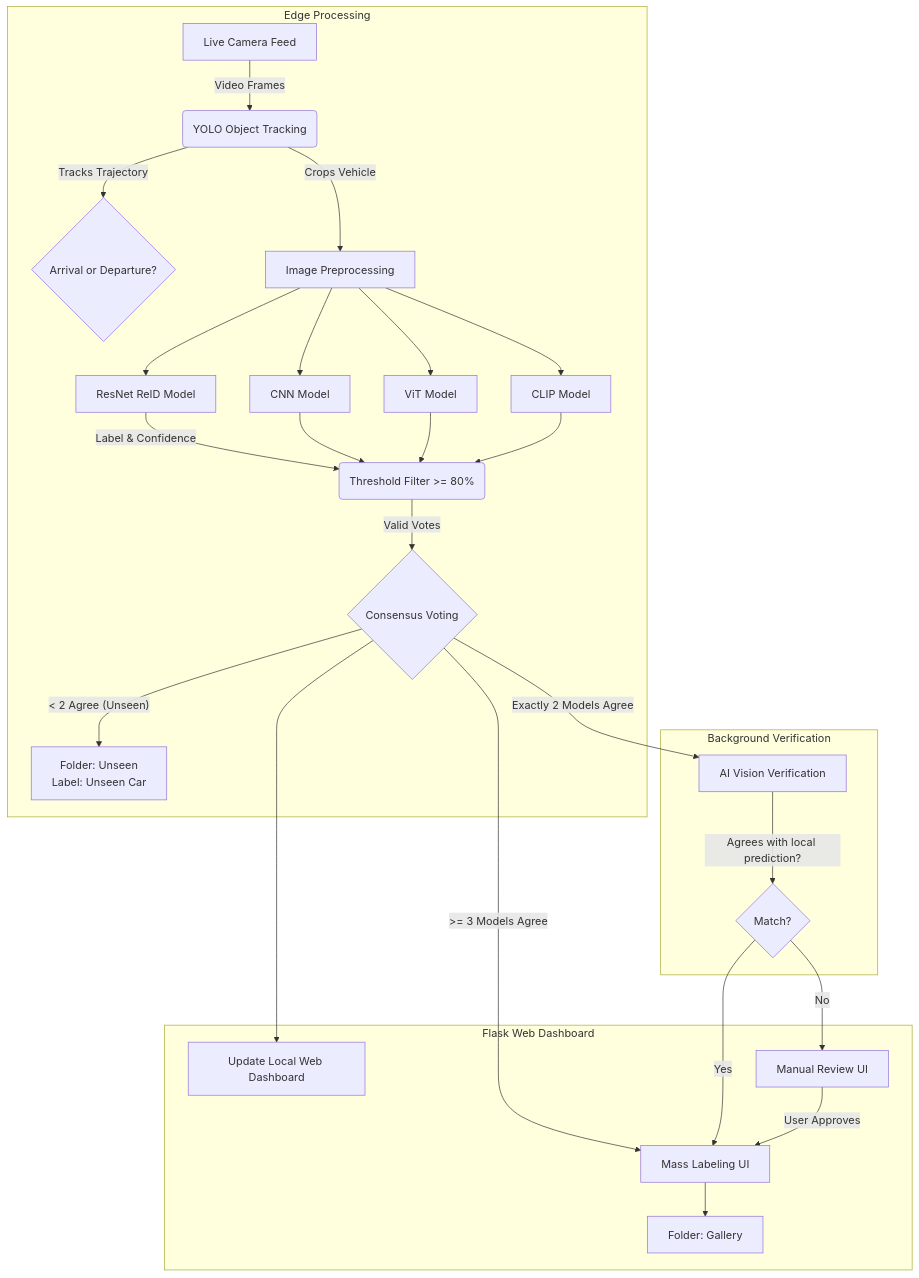
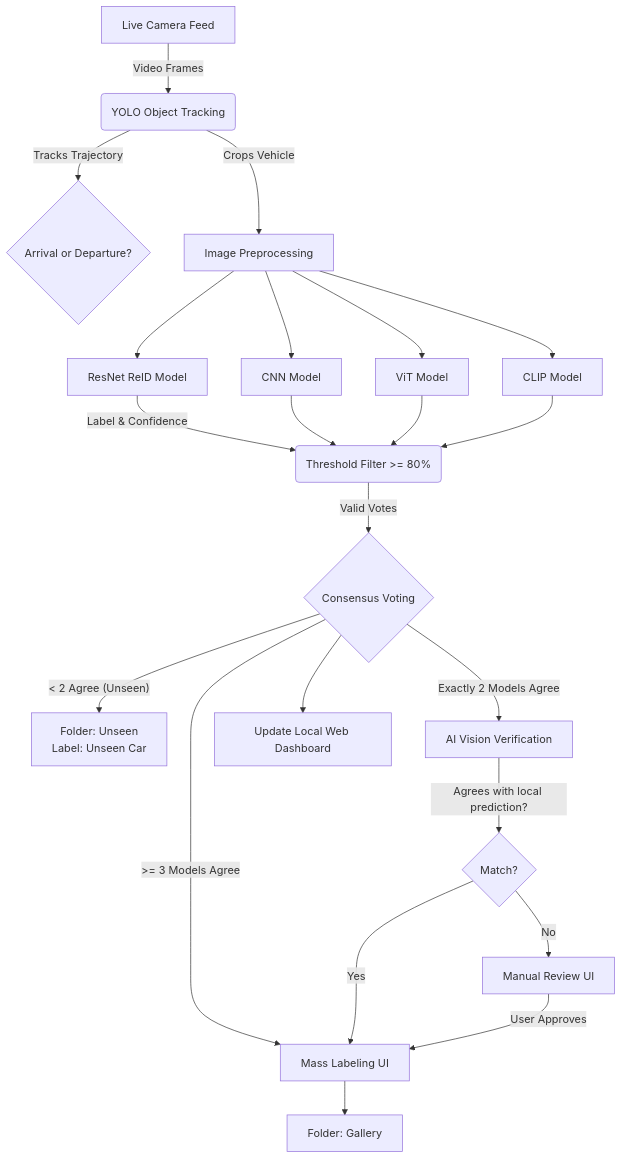
One commit to Nuisey/CaReID changed the diagram in README.md. Above: the diagram before and after it, drawn with Mermaid. The commit also changed 13 other files, not shown here.

Commit message:
Remove subgraphs from Mermaid diagram to fix Dagre layout crash

````diff
--- a/README.md
+++ b/README.md
@@ -23,58 +23,56 @@
 ```mermaid
 flowchart TD
 
-    subgraph Edge Processing
-        A[Live Camera Feed]
-        B(YOLO Object Tracking)
-        C{Arrival or Departure?}
-        D[Image Preprocessing]
-        E[ResNet ReID Model]
-        F[CNN Model]
-        G[ViT Model]
-        H[CLIP Model]
-        I("Threshold Filter >= 80%")
-        J{Consensus Voting}
-        M["Folder: Unseen<br>Label: Unseen Car"]
+    %% Edge Processing
+    A[Live Camera Feed]
+    B(YOLO Object Tracking)
+    C{Arrival or Departure?}
+    D[Image Preprocessing]
+    E[ResNet ReID Model]
+    F[CNN Model]
+    G[ViT Model]
+    H[CLIP Model]
+    I("Threshold Filter >= 80%")
+    J{Consensus Voting}
+    M["Folder: Unseen<br>Label: Unseen Car"]
 
-        A -->|Video Frames| B
-        B -->|Tracks Trajectory| C
-        B -->|Crops Vehicle| D
+    A -->|Video Frames| B
+    B -->|Tracks Trajectory| C
+    B -->|Crops Vehicle| D
   
-        D --> E
-        D --> F
-        D --> G
-        D --> H
+    D --> E
+    D --> F
+    D --> G
+    D --> H
   
-        E -->|"Label & Confidence"| I
-        F --> I
-        G --> I
-        H --> I
-        
-        I -->|"Valid Votes"| J
-    end
+    E -->|"Label & Confidence"| I
+    F --> I
+    G --> I
+    H --> I
+    
+    I -->|"Valid Votes"| J
 
-    subgraph Background Verification
-        P[AI Vision Verification]
-        Q{Match?}
-    end
-  
-    subgraph Flask Web Dashboard
-        O[Update Local Web Dashboard]
-        R[Manual Review UI]
-        S[Mass Labeling UI]
-        T[Folder: Gallery]
-    end
+    %% Background Verification
+    P[AI Vision Verification]
+    Q{Match?}
 
+    %% Flask Web Dashboard
+    O[Update Local Web Dashboard]
+    R[Manual Review UI]
+    S[Mass Labeling UI]
+    T[Folder: Gallery]
+
+    %% Cross-component routing
     J -->|">= 3 Models Agree"| S
     J -->|"Exactly 2 Models Agree"| P
     J -->|"< 2 Agree (Unseen)"| M
     J --> O
     
     P -->|"Agrees with local prediction?"| Q
     
     Q -->|"Yes"| S
     Q -->|"No"| R
     
     R -->|"User Approves"| S
     S --> T
 ```
````
